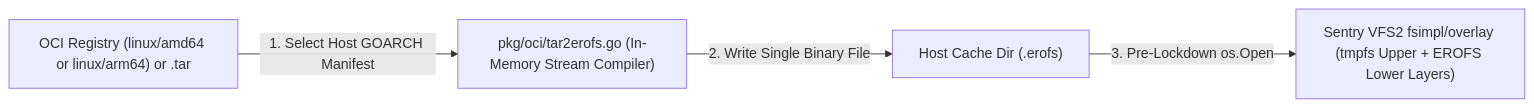
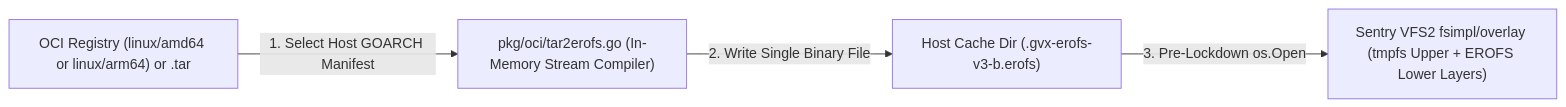
The sixth of 7 diagrams in docs/architecture.md (antegral/containerd-shim-gvx), drawn with Mermaid before and after one commit. The commit also changed other lines of this file and 8 other files, not shown here.

````diff
--- a/docs/architecture.md
+++ b/docs/architecture.md
@@ -378,6 +417,6 @@
 ```mermaid
 flowchart LR
     Source["OCI Registry (linux/amd64 or linux/arm64) or .tar"] -->|"1. Select Host GOARCH Manifest"| Tar2Erofs["pkg/oci/tar2erofs.go (In-Memory Stream Compiler)"]
-    Tar2Erofs -->|"2. Write Single Binary File"| Cache["Host Cache Dir (<sha256>.erofs)"]
+    Tar2Erofs -->|"2. Write Single Binary File"| Cache["Host Cache Dir (<sha256>.gvx-erofs-v3-b<block>.erofs)"]
     Cache -->|"3. Pre-Lockdown os.Open"| Overlay["Sentry VFS2 fsimpl/overlay (tmpfs Upper + EROFS Lower Layers)"]
 ```
````
